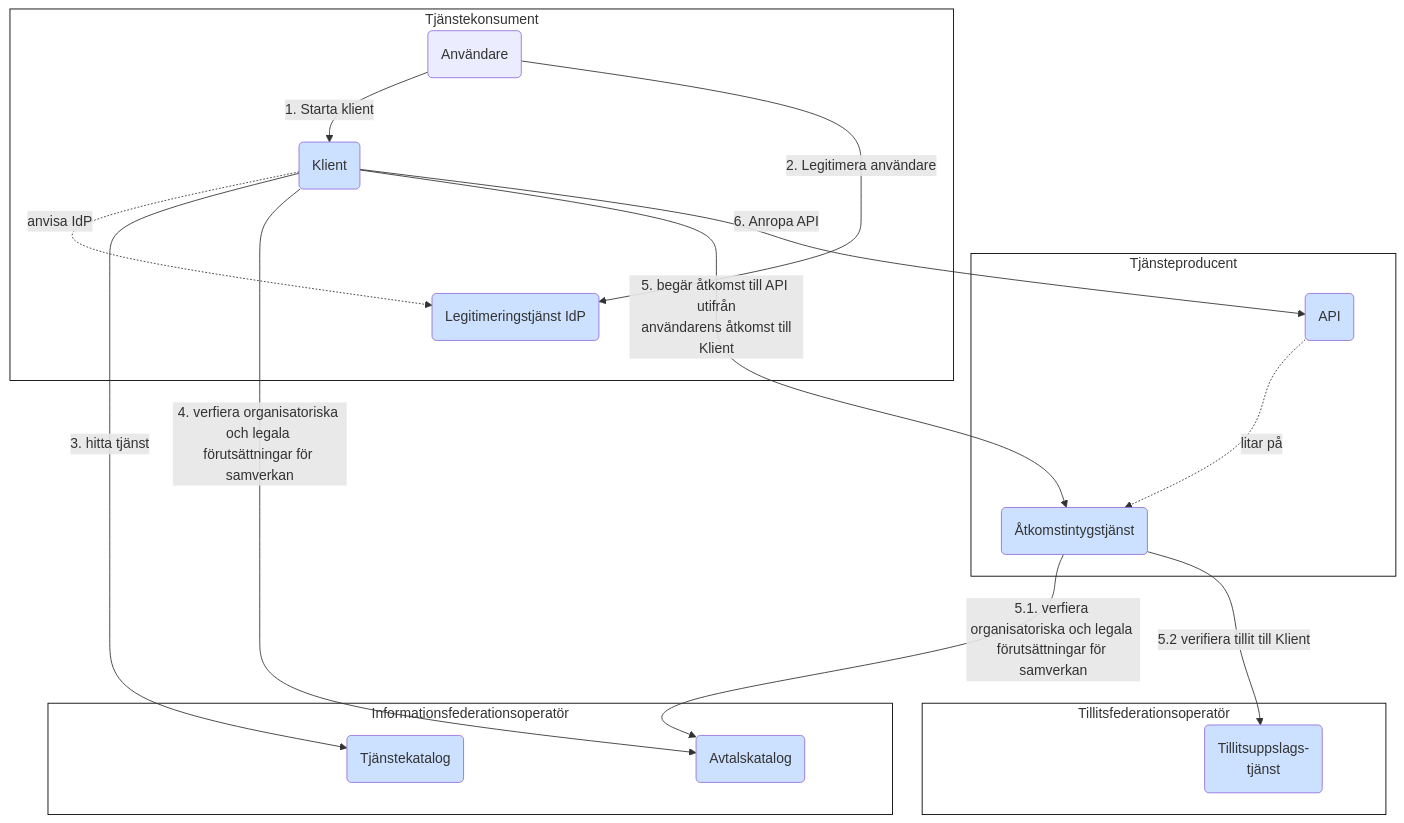
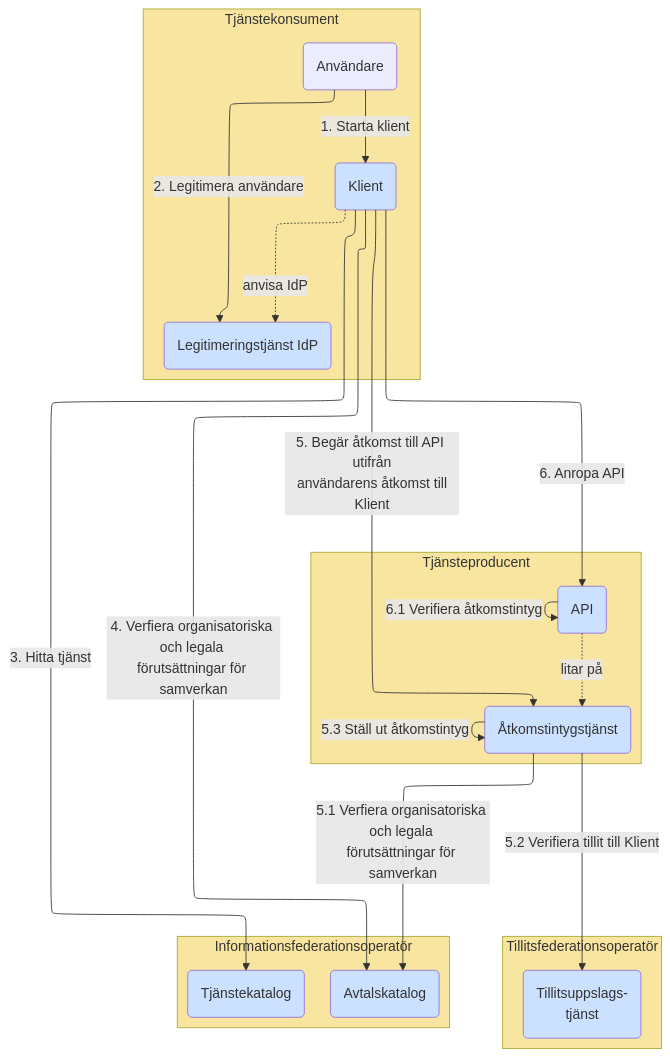
Before and after one commit to diggsweden/ena-authorization: the third of 9 diagrams in architecture/drafts/IAM_TargetArchitecture_Sweden.md, drawn with Mermaid. The commit also changed other lines of this file, not shown here.

Commit message:
Testar ny mermaid-rendrerare "elk"

````diff
--- a/architecture/drafts/IAM_TargetArchitecture_Sweden.md
+++ b/architecture/drafts/IAM_TargetArchitecture_Sweden.md
@@ -117,42 +119,44 @@
 ```mermaid
+%%{init: {"flowchart": {"defaultRenderer": "elk"}} }%%
 graph 
 classDef org fill:#F8E5A0
 classDef comp fill:#CCE1FF
 classDef box fill:#ffffff,stroke:#000000
 
 subgraph po[Tjänsteproducent]
     p(API):::comp
     as(Åtkomstintygstjänst):::comp
 end
-po:::box
+po:::org
 
 subgraph ss[Tillitsfederationsoperatör]
     t(Tillitsuppslags-<br>tjänst):::comp
 end
-ss:::box
+ss:::org
 
 subgraph so[Informationsfederationsoperatör]
     tk(Tjänstekatalog):::comp
     ak(Avtalskatalog):::comp
 end
-so:::box
+so:::org
 
 subgraph co[Tjänstekonsument]
     idp(Legitimeringstjänst IdP):::comp
     u(Användare)
     c(Klient):::comp
 end
-co:::box
+co:::org
 
-co & po~~~so & ss
 u--<p>1. Starta klient-->c
 u--<p>2. Legitimera användare-->idp
 c-.anvisa IdP.->idp
-c--<p>3. hitta tjänst-->tk
-c--<p>4. verfiera organisatoriska och legala <br>förutsättningar för samverkan-->ak
-c--<p>5. begär åtkomst till API utifrån<br> användarens åtkomst till Klient-->as
-as--<p>5.1. verfiera organisatoriska och legala <br>förutsättningar för samverkan-->ak
-as--<p>5.2 verifiera tillit till Klient-->t
+c--<p>4. Verfiera organisatoriska och legala <br>förutsättningar för samverkan-->ak
+c--<p>5. Begär åtkomst till API utifrån<br> användarens åtkomst till Klient-->as
+c--<p>3. Hitta tjänst-->tk
+as--<p>5.1 Verfiera organisatoriska och legala <br>förutsättningar för samverkan-->ak
+as--<p>5.2 Verifiera tillit till Klient--> t
+as--<p>5.3 Ställ ut åtkomstintyg-->as
 c--<p>6. Anropa API-->p
+p--<p>6.1 Verifiera åtkomstintyg-->p
 p-.litar på.->as
 ```
````
